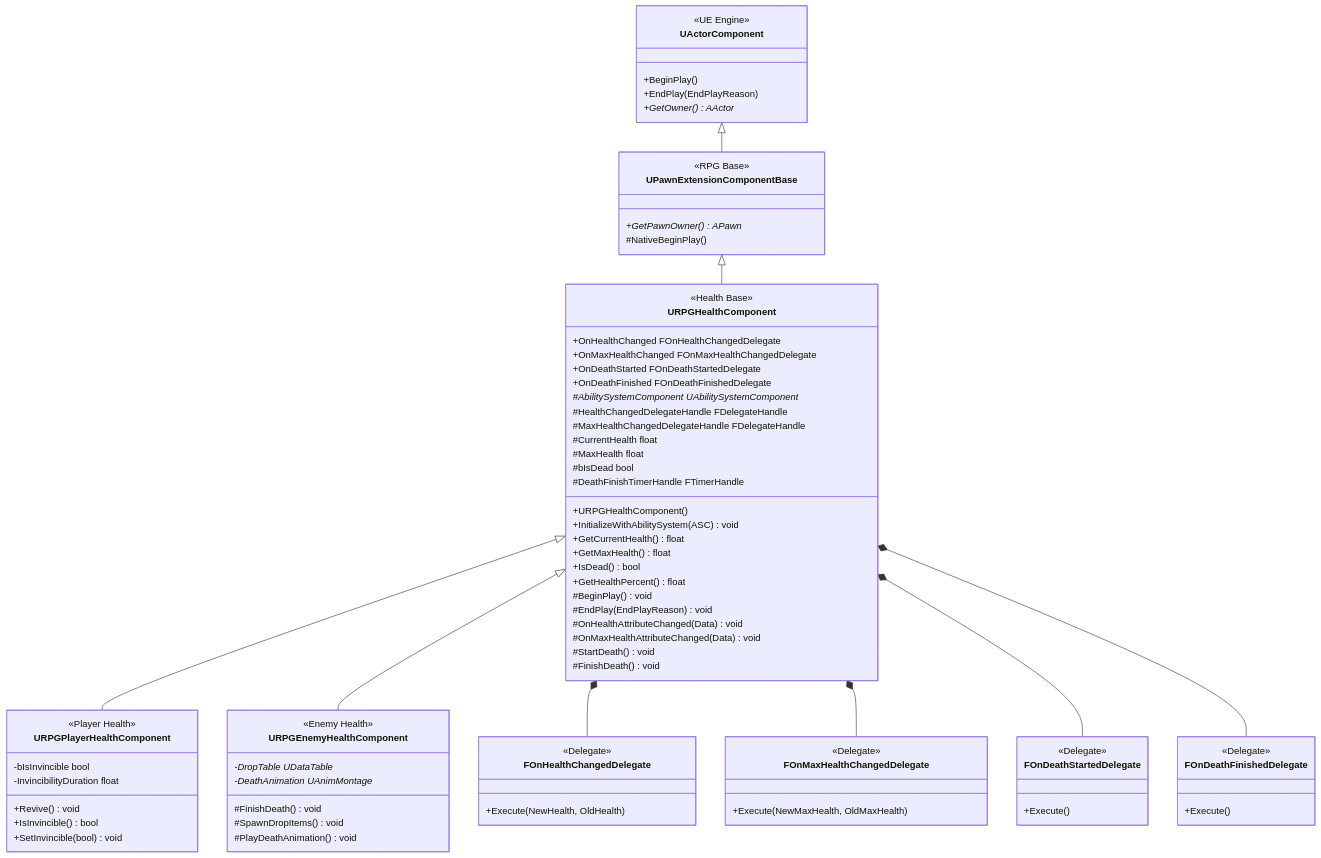
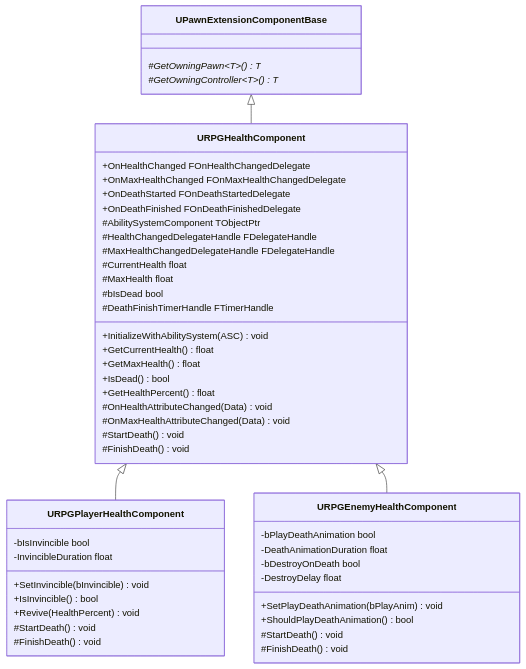
One commit to ARK31415/RPG changed the first of 21 diagrams in Source/Docs/DetailedDesign.md. Above: the diagram before and after it, drawn with Mermaid. The commit also changed other lines of this file and 11 other files, not shown here.

````diff
--- a/Source/Docs/DetailedDesign.md
+++ b/Source/Docs/DetailedDesign.md
@@ -41,21 +33,11 @@
 ```mermaid
 classDiagram
-    class UActorComponent {
-        <<UE Engine>>
-        +BeginPlay()
-        +EndPlay(EndPlayReason)
-        +GetOwner() AActor*
-    }
-    
     class UPawnExtensionComponentBase {
-        <<RPG Base>>
-        +GetPawnOwner() APawn*
-        #NativeBeginPlay()
+        #GetOwningPawn~T~() T*
+        #GetOwningController~T~() T*
     }
     
     class URPGHealthComponent {
-        <<Health Base>>
-        +URPGHealthComponent()
         +InitializeWithAbilitySystem(ASC) void
         +GetCurrentHealth() float
         +GetMaxHealth() float
@@ -65,13 +47,11 @@
         +OnMaxHealthChanged FOnMaxHealthChangedDelegate
         +OnDeathStarted FOnDeathStartedDelegate
         +OnDeathFinished FOnDeathFinishedDelegate
-        #BeginPlay() void
-        #EndPlay(EndPlayReason) void
         #OnHealthAttributeChanged(Data) void
         #OnMaxHealthAttributeChanged(Data) void
         #StartDeath() void
         #FinishDeath() void
-        #AbilitySystemComponent UAbilitySystemComponent*
+        #AbilitySystemComponent TObjectPtr
         #HealthChangedDelegateHandle FDelegateHandle
         #MaxHealthChangedDelegateHandle FDelegateHandle
         #CurrentHealth float
@@ -81,49 +61,27 @@
     }
     
     class URPGPlayerHealthComponent {
-        <<Player Health>>
-        +Revive() void
+        +SetInvincible(bInvincible) void
         +IsInvincible() bool
-        +SetInvincible(bool) void
+        +Revive(HealthPercent) void
+        #StartDeath() void
+        #FinishDeath() void
         -bIsInvincible bool
-        -InvincibilityDuration float
+        -InvincibleDuration float
     }
     
     class URPGEnemyHealthComponent {
-        <<Enemy Health>>
+        +SetPlayDeathAnimation(bPlayAnim) void
+        +ShouldPlayDeathAnimation() bool
+        #StartDeath() void
         #FinishDeath() void
-        #SpawnDropItems() void
-        #PlayDeathAnimation() void
-        -DropTable UDataTable*
-        -DeathAnimation UAnimMontage*
+        -bPlayDeathAnimation bool
+        -DeathAnimationDuration float
+        -bDestroyOnDeath bool
+        -DestroyDelay float
     }
     
-    class FOnHealthChangedDelegate {
-        <<Delegate>>
-        +Execute(NewHealth, OldHealth)
-    }
-    
-    class FOnMaxHealthChangedDelegate {
-        <<Delegate>>
-        +Execute(NewMaxHealth, OldMaxHealth)
-    }
-    
-    class FOnDeathStartedDelegate {
-        <<Delegate>>
-        +Execute()
-    }
-    
-    class FOnDeathFinishedDelegate {
-        <<Delegate>>
-        +Execute()
-    }
-    
-    UActorComponent <|-- UPawnExtensionComponentBase
     UPawnExtensionComponentBase <|-- URPGHealthComponent
     URPGHealthComponent <|-- URPGPlayerHealthComponent
     URPGHealthComponent <|-- URPGEnemyHealthComponent
-    URPGHealthComponent *-- FOnHealthChangedDelegate
-    URPGHealthComponent *-- FOnMaxHealthChangedDelegate
-    URPGHealthComponent *-- FOnDeathStartedDelegate
-    URPGHealthComponent *-- FOnDeathFinishedDelegate
 ```
````
